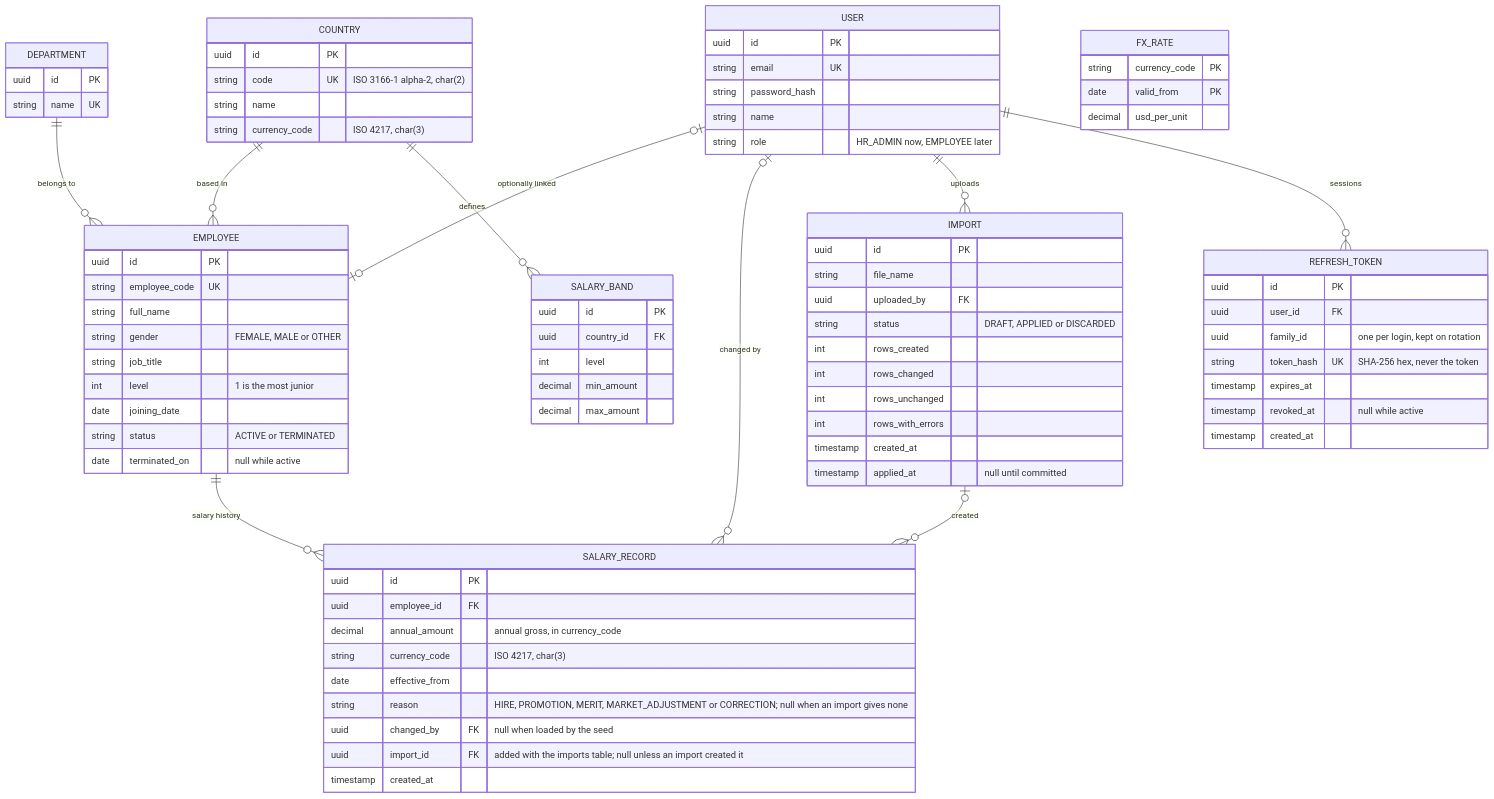
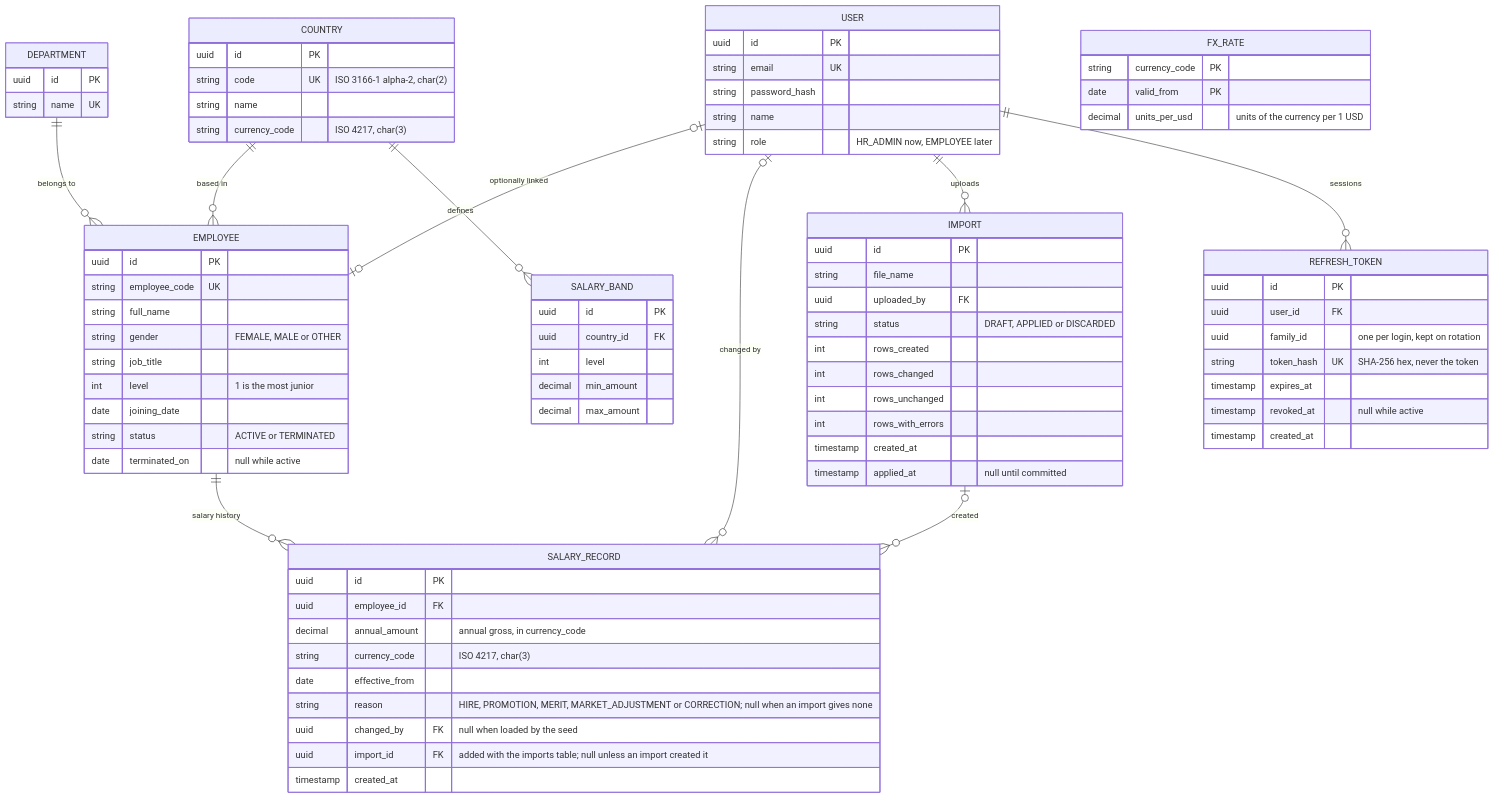
Before and after one commit to nishith7/acme-salary-management-app: the fourth of 5 diagrams in docs/architecture.md, drawn with Mermaid. The commit also changed other lines of this file and 4 other files, not shown here.

````diff
--- a/docs/architecture.md
+++ b/docs/architecture.md
@@ -145,6 +145,6 @@
   FX_RATE {
     string currency_code PK
     date valid_from PK
-    decimal usd_per_unit
+    decimal units_per_usd "units of the currency per 1 USD"
   }
 ```
````
